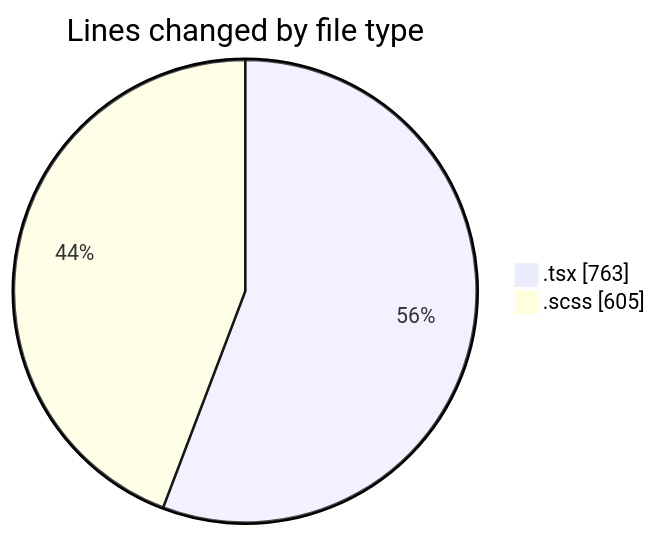
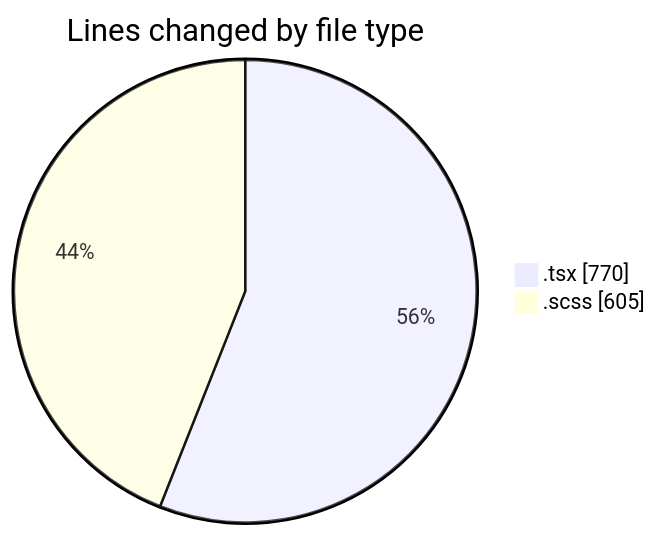
The first of 2 diagrams in 2025-03-27/cda/README.md (momahboobian/code-tracking), drawn with Mermaid before and after one commit. The commit also changed other lines of this file and 1 other file, not shown here.

````diff
--- a/2025-03-27/cda/README.md
+++ b/2025-03-27/cda/README.md
@@ -22,6 +22,6 @@
 ```mermaid
 pie showData
 title Lines changed by file type
-".tsx" : 763
+".tsx" : 770
 ".scss" : 605
 ```
````
